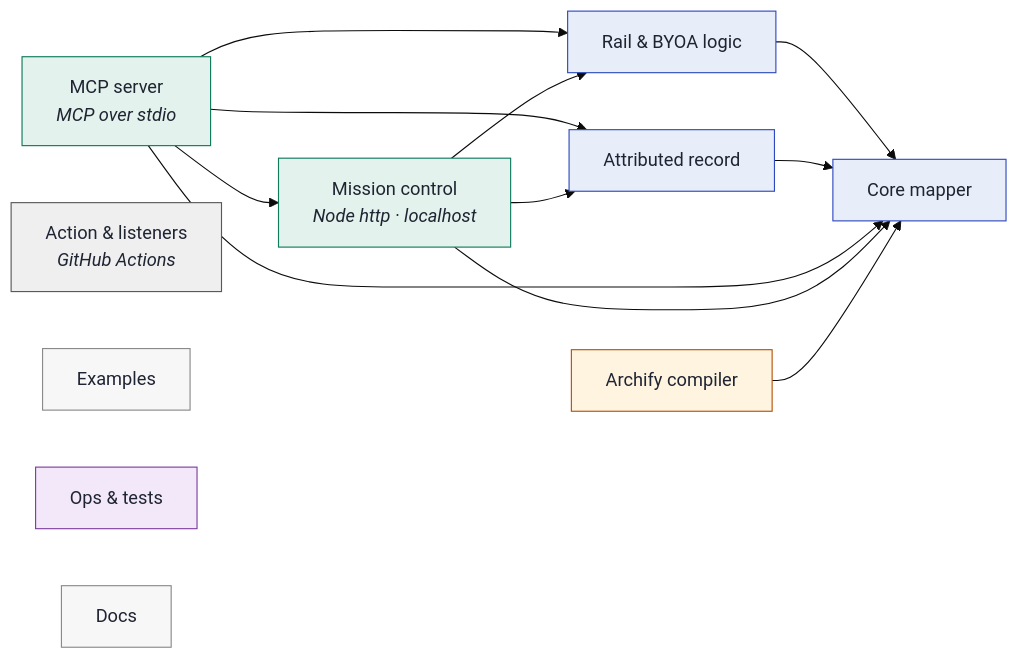
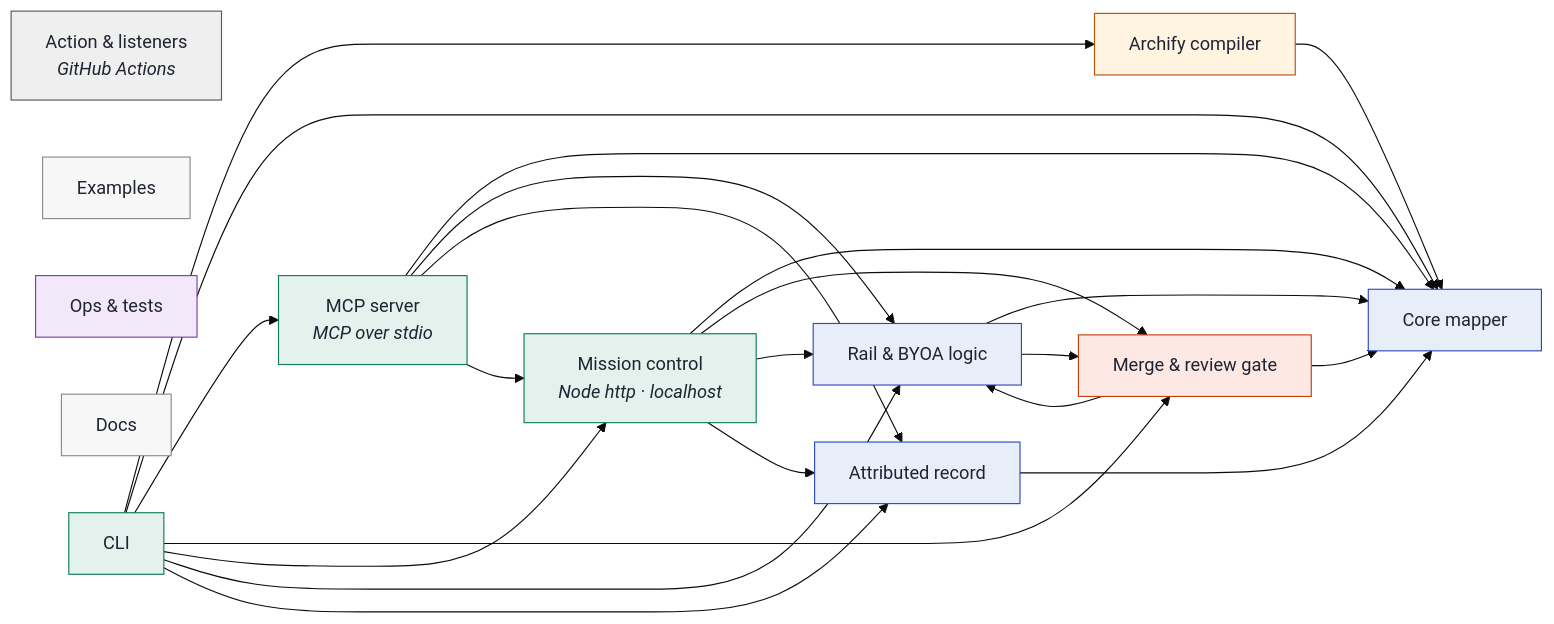
One commit to tapaskar/archwhere changed the diagram in ARCHITECTURE.md. Above: the diagram before and after it, drawn with Mermaid (base theme). The commit also changed other lines of this file and 18 other files, not shown here.

````diff
--- a/ARCHITECTURE.md
+++ b/ARCHITECTURE.md
@@ -5,38 +5,52 @@
 ```mermaid
 flowchart LR
   core["Core mapper"]
   rail["Rail & BYOA logic"]
   record["Attributed record"]
   mcp["MCP server<br/><i>MCP over stdio</i>"]
   mission["Mission control<br/><i>Node http · localhost</i>"]
   archify["Archify compiler"]
   integrations["Action & listeners<br/><i>GitHub Actions</i>"]
   examples["Examples"]
   ops["Ops & tests"]
   docs["Docs"]
+  merge-gate["Merge & review gate"]
+  cli["CLI"]
   rail --> core
+  rail --> merge-gate
   record --> core
   mcp --> core
   mcp --> rail
   mcp --> record
   mcp --> mission
   mission --> core
+  mission --> merge-gate
   mission --> rail
   mission --> record
   archify --> core
+  merge-gate --> core
+  merge-gate --> rail
+  cli --> archify
+  cli --> core
+  cli --> mcp
+  cli --> merge-gate
+  cli --> mission
+  cli --> rail
+  cli --> record
   classDef core fill:#E8EEF9,stroke:#2F4AC0,color:#1F2433
   classDef security fill:#FDE8E4,stroke:#C2410C,color:#1F2433
   classDef feature fill:#FFF4E0,stroke:#B45309,color:#1F2433
   classDef infra fill:#EFEFEF,stroke:#595959,color:#1F2433
   classDef product fill:#E3F2EC,stroke:#0F7A5C,color:#1F2433
   classDef ops fill:#F3E8F9,stroke:#7E3FA0,color:#1F2433
   classDef docs fill:#F7F7F7,stroke:#8A8A8A,color:#1F2433
   classDef other fill:#F2F2EF,stroke:#777,color:#1F2433
   classDef touched fill:#F7B32B,stroke:#1F2433,stroke-width:3px,color:#1F2433
   class core,rail,record core
-  class mcp,mission product
+  class mcp,mission,cli product
   class archify feature
   class integrations infra
   class examples,docs docs
   class ops ops
+  class merge-gate security
 ```
````
